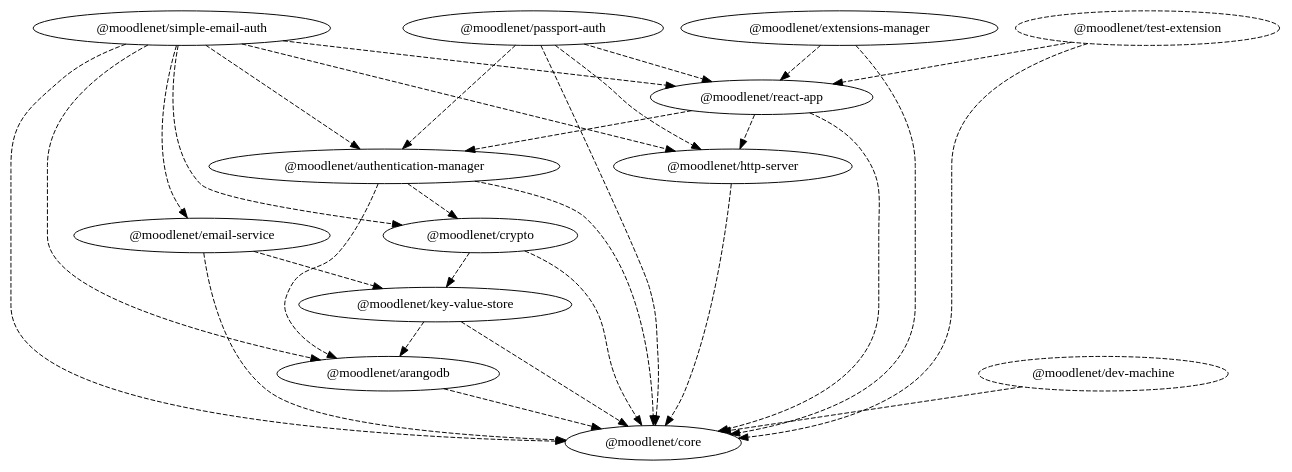
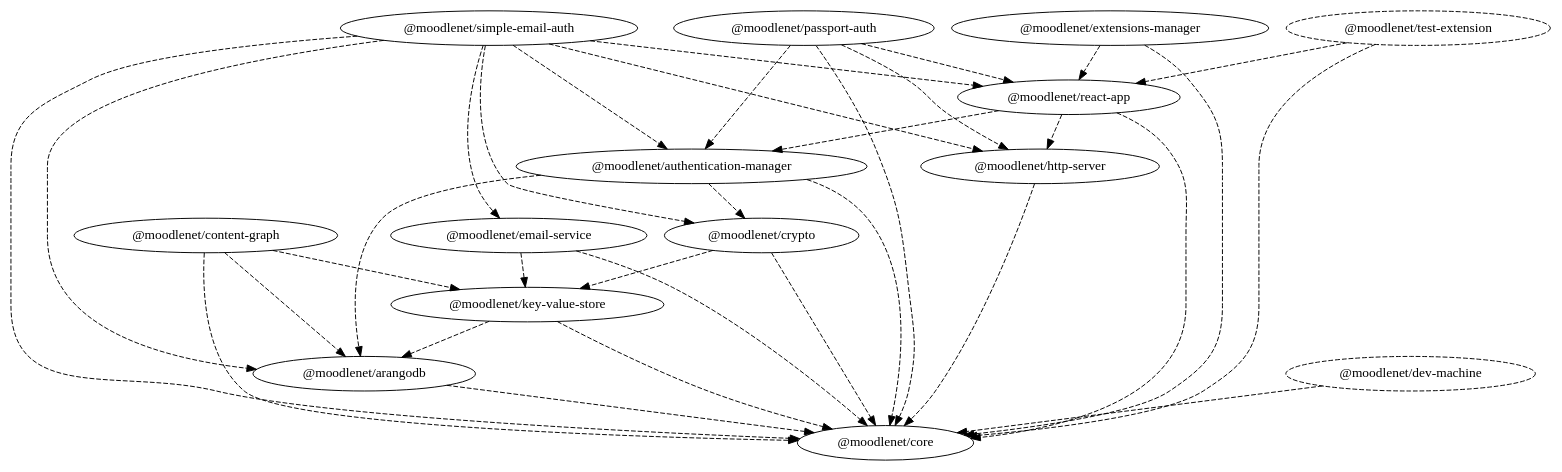
One commit to moodle/moodlenet changed the diagram in dependency-graph.dot. Above: the diagram before and after it, drawn with Graphviz. The commit also changed 5 other files, not shown here.

```diff
--- a/dependency-graph.dot
+++ b/dependency-graph.dot
@@ -1,45 +1,49 @@
 digraph G {
   "@moodlenet/arangodb";
   "@moodlenet/core";
   "@moodlenet/authentication-manager";
   "@moodlenet/crypto";
+  "@moodlenet/content-graph";
   "@moodlenet/key-value-store";
   "@moodlenet/dev-machine" [ style = "dashed" ];
   "@moodlenet/email-service";
   "@moodlenet/extensions-manager";
   "@moodlenet/react-app";
   "@moodlenet/http-server";
   "@moodlenet/passport-auth";
   "@moodlenet/simple-email-auth";
   "@moodlenet/test-extension" [ style = "dashed" ];
   "@moodlenet/arangodb" -> "@moodlenet/core" [ style = "dashed" ];
   "@moodlenet/authentication-manager" -> "@moodlenet/arangodb" [ style = "dashed" ];
   "@moodlenet/authentication-manager" -> "@moodlenet/core" [ style = "dashed" ];
   "@moodlenet/authentication-manager" -> "@moodlenet/crypto" [ style = "dashed" ];
+  "@moodlenet/content-graph" -> "@moodlenet/arangodb" [ style = "dashed" ];
+  "@moodlenet/content-graph" -> "@moodlenet/core" [ style = "dashed" ];
+  "@moodlenet/content-graph" -> "@moodlenet/key-value-store" [ style = "dashed" ];
   "@moodlenet/crypto" -> "@moodlenet/core" [ style = "dashed" ];
   "@moodlenet/crypto" -> "@moodlenet/key-value-store" [ style = "dashed" ];
   "@moodlenet/dev-machine" -> "@moodlenet/core" [ style = "dashed" ];
   "@moodlenet/email-service" -> "@moodlenet/core" [ style = "dashed" ];
   "@moodlenet/email-service" -> "@moodlenet/key-value-store" [ style = "dashed" ];
   "@moodlenet/extensions-manager" -> "@moodlenet/core" [ style = "dashed" ];
   "@moodlenet/extensions-manager" -> "@moodlenet/react-app" [ style = "dashed" ];
   "@moodlenet/http-server" -> "@moodlenet/core" [ style = "dashed" ];
   "@moodlenet/key-value-store" -> "@moodlenet/arangodb" [ style = "dashed" ];
   "@moodlenet/key-value-store" -> "@moodlenet/core" [ style = "dashed" ];
   "@moodlenet/passport-auth" -> "@moodlenet/authentication-manager" [ style = "dashed" ];
   "@moodlenet/passport-auth" -> "@moodlenet/core" [ style = "dashed" ];
   "@moodlenet/passport-auth" -> "@moodlenet/http-server" [ style = "dashed" ];
   "@moodlenet/passport-auth" -> "@moodlenet/react-app" [ style = "dashed" ];
   "@moodlenet/react-app" -> "@moodlenet/authentication-manager" [ style = "dashed" ];
   "@moodlenet/react-app" -> "@moodlenet/core" [ style = "dashed" ];
   "@moodlenet/react-app" -> "@moodlenet/http-server" [ style = "dashed" ];
   "@moodlenet/simple-email-auth" -> "@moodlenet/arangodb" [ style = "dashed" ];
   "@moodlenet/simple-email-auth" -> "@moodlenet/authentication-manager" [ style = "dashed" ];
   "@moodlenet/simple-email-auth" -> "@moodlenet/core" [ style = "dashed" ];
   "@moodlenet/simple-email-auth" -> "@moodlenet/crypto" [ style = "dashed" ];
   "@moodlenet/simple-email-auth" -> "@moodlenet/email-service" [ style = "dashed" ];
   "@moodlenet/simple-email-auth" -> "@moodlenet/http-server" [ style = "dashed" ];
   "@moodlenet/simple-email-auth" -> "@moodlenet/react-app" [ style = "dashed" ];
   "@moodlenet/test-extension" -> "@moodlenet/core" [ style = "dashed" ];
   "@moodlenet/test-extension" -> "@moodlenet/react-app" [ style = "dashed" ];
 }
```
